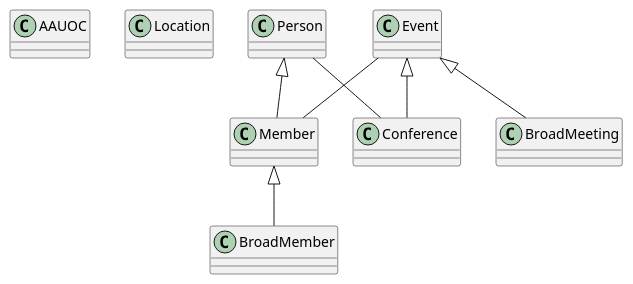
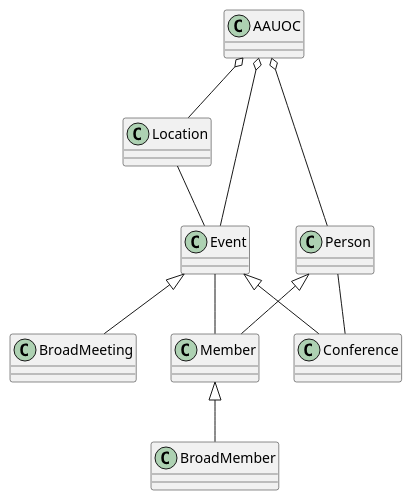
One commit to sandrasd89/UMLClasesSandra changed the diagram in P11_Diagrama_UML.puml. Above: the diagram before and after it, drawn with PlantUML.

Commit message:
Se han relacionado y se ha jerarquizado las clases restantes

```diff
--- a/P11_Diagrama_UML.puml
+++ b/P11_Diagrama_UML.puml
@@ -1,38 +1,42 @@
 @startuml
 
 class AAUOC {
 
 }
 class Location {
 
 }
 class Event{
 
 }
 class Conference {
 
 }
 class BroadMeeting{
 }
 
 class Person {
 
 }
 class Member{
 
 }
 
 class BroadMember {
 
 }
 
-
+AAUOC o-- Event
+AAUOC o-- Location
+AAUOC o-- Person
+Location -- Event
 Event <|-- Conference
 Event <|-- BroadMeeting
 Person <|-- Member
 Member <|-- BroadMember
 Event -- Member
 Person -- Conference
 
 
+
 @enduml
```
